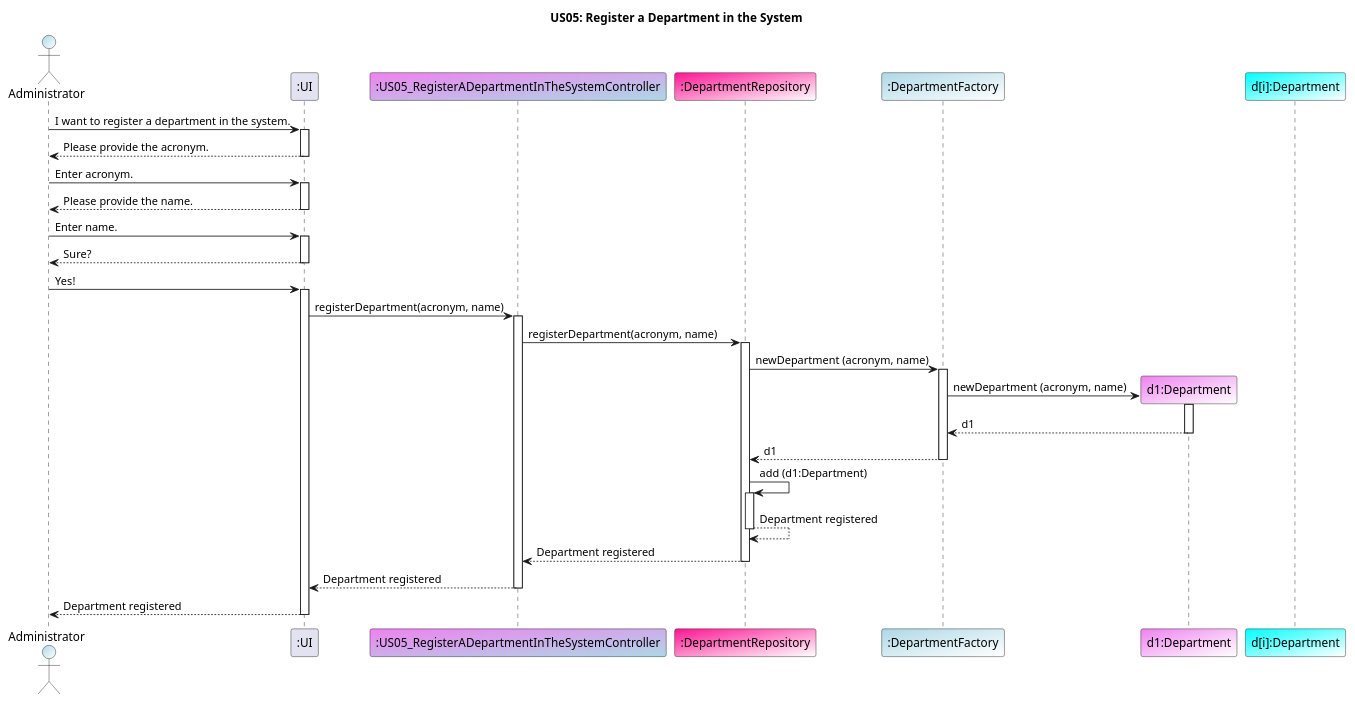
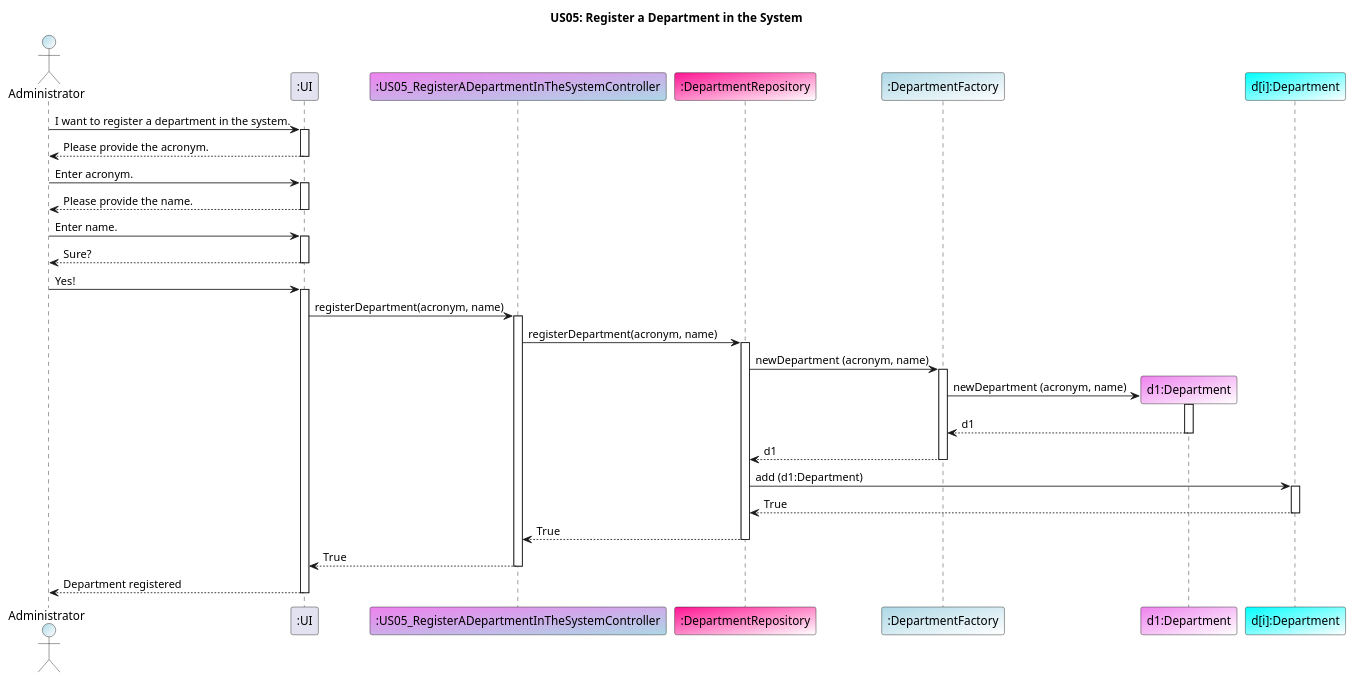
The diagram in docs/US05/US05_DepartmentRegistrySequenceDiagram.puml (GasparISEP/DevOps-PAI), drawn with PlantUML before and after one commit. The commit also changed 1 other file, not shown here.

Commit message:
US05 documentation - Optimization to sequence diagram and class diagram

```diff
--- a/docs/US05/US05_DepartmentRegistrySequenceDiagram.puml
+++ b/docs/US05/US05_DepartmentRegistrySequenceDiagram.puml
@@ -1,54 +1,54 @@
 @startuml
 
 title US05: Register a Department in the System
 
 actor "Administrator" as Administrator #LightBlue/White
 participant ":UI" as UI
 participant ":US05_RegisterADepartmentInTheSystemController" as Controller #Violet/LightBlue
 participant ":DepartmentRepository" as DepartmentRepository #DeepPink/White
 participant ":DepartmentFactory" as DepartmentFactory #LightBlue/White
 participant "d1:Department" as Department #Violet/White
 participant "d[i]:Department" as Departmenti #Cyan/White
 
 Administrator -> UI: I want to register a department in the system.
 activate UI
 UI --> Administrator: Please provide the acronym.
 deactivate UI
 Administrator -> UI: Enter acronym.
 activate UI
 UI --> Administrator: Please provide the name.
 deactivate UI
 Administrator -> UI: Enter name.
 activate UI
 UI --> Administrator: Sure?
 deactivate UI
 Administrator -> UI: Yes!
 activate UI
 
 UI -> Controller: registerDepartment(acronym, name)
 activate Controller
 Controller -> DepartmentRepository: registerDepartment(acronym, name)
 activate DepartmentRepository
 DepartmentRepository -> DepartmentFactory: newDepartment (acronym, name)
 activate DepartmentFactory
 DepartmentFactory -> Department **: newDepartment (acronym, name)
 activate Department
 Department --> DepartmentFactory: d1
 deactivate Department
 DepartmentFactory --> DepartmentRepository: d1
 deactivate DepartmentFactory
+DepartmentRepository -> Departmenti: add (d1:Department)
+activate Departmenti
+Departmenti --> DepartmentRepository: True
+deactivate Departmenti
+DepartmentRepository --> Controller: True
+deactivate DepartmentRepository
 
-DepartmentRepository -> DepartmentRepository: add (d1:Department)
-activate DepartmentRepository
-DepartmentRepository --> DepartmentRepository: Department registered
-deactivate DepartmentRepository
-DepartmentRepository --> Controller: Department registered
-deactivate DepartmentRepository
-Controller --> UI: Department registered
+Controller --> UI: True
 deactivate Controller
 UI --> Administrator: Department registered
 deactivate UI
 
 
 
 @enduml
```
